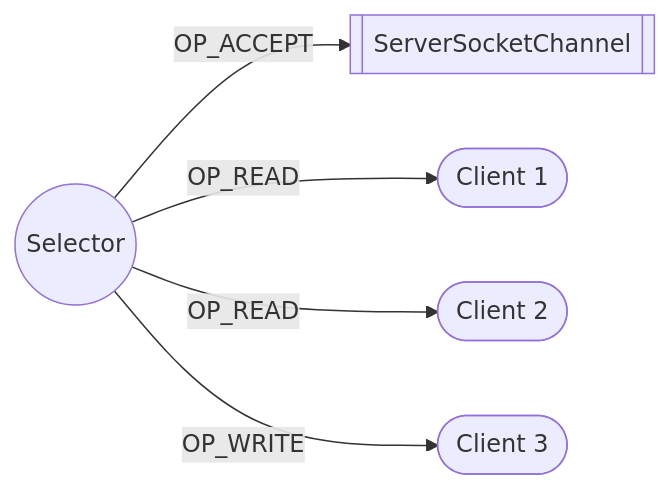
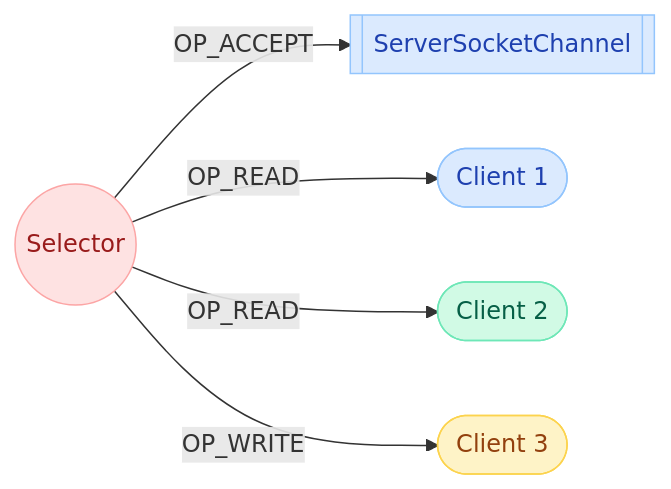
The fourth of 8 diagrams in docs/java/NIO.md (saivamsikaruturi/vamsilabs-dev-notes-main), drawn with Mermaid before and after one commit. The commit also changed other lines of this file and 220 other files, not shown here.

First line of the commit message:
Add 50+ new Java/Spring Boot pages, rewrite CSS code blocks to Oracle style, fix all diagram colors

````diff
--- a/docs/java/NIO.md
+++ b/docs/java/NIO.md
@@ -132,7 +139,13 @@
 ```mermaid
 flowchart LR
     SEL(("Selector")) -->|OP_ACCEPT| SSC[["ServerSocketChannel"]]
     SEL -->|OP_READ| SC1(["Client 1"])
     SEL -->|OP_READ| SC2(["Client 2"])
     SEL -->|OP_WRITE| SC3(["Client 3"])
+
+    style SC1 fill:#DBEAFE,stroke:#93C5FD,color:#1E40AF
+    style SC2 fill:#D1FAE5,stroke:#6EE7B7,color:#065F46
+    style SC3 fill:#FEF3C7,stroke:#FCD34D,color:#92400E
+    style SEL fill:#FEE2E2,stroke:#FCA5A5,color:#991B1B
+    style SSC fill:#DBEAFE,stroke:#93C5FD,color:#1E40AF
 ```
````
